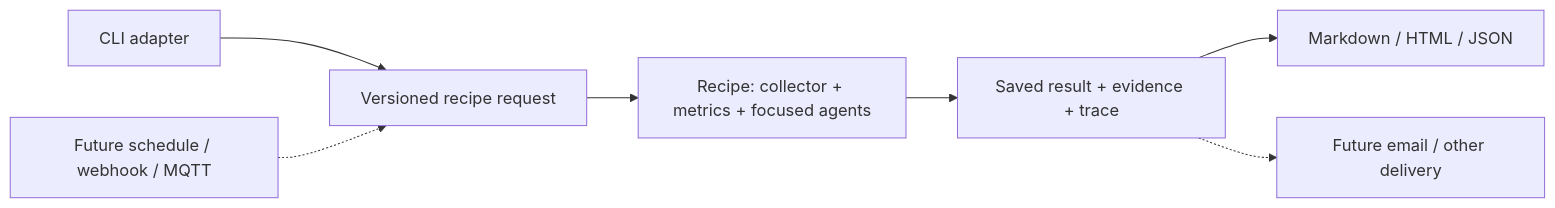
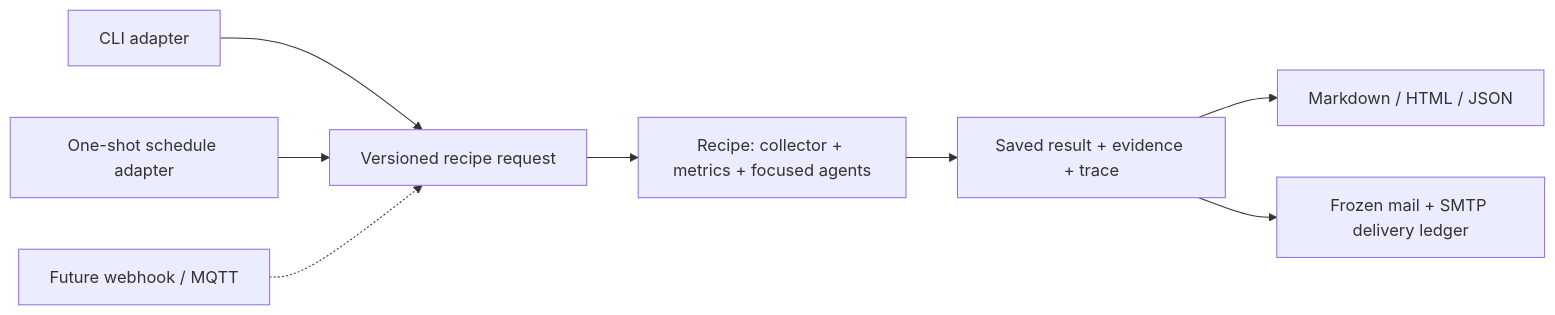
One commit to bketelsen/onionsoup changed the diagram in docs/design/packages-and-recipes.md. Above: the diagram before and after it, drawn with Mermaid. The commit also changed other lines of this file and 24 other files, not shown here.

Commit message:
Add scheduled repository briefs with durable SMTP delivery and local capture

````diff
--- a/docs/design/packages-and-recipes.md
+++ b/docs/design/packages-and-recipes.md
@@ -13,9 +14,10 @@
 ```mermaid
 flowchart LR
     CLI[CLI adapter] --> Request[Versioned recipe request]
-    Future[Future schedule / webhook / MQTT] -.-> Request
+    Schedule[One-shot schedule adapter] --> Request
+    Future[Future webhook / MQTT] -.-> Request
     Request --> Recipe[Recipe: collector + metrics + focused agents]
     Recipe --> Record[Saved result + evidence + trace]
     Record --> Local[Markdown / HTML / JSON]
-    Record -.-> Delivery[Future email / other delivery]
+    Record --> Delivery[Frozen mail + SMTP delivery ledger]
 ```
````
